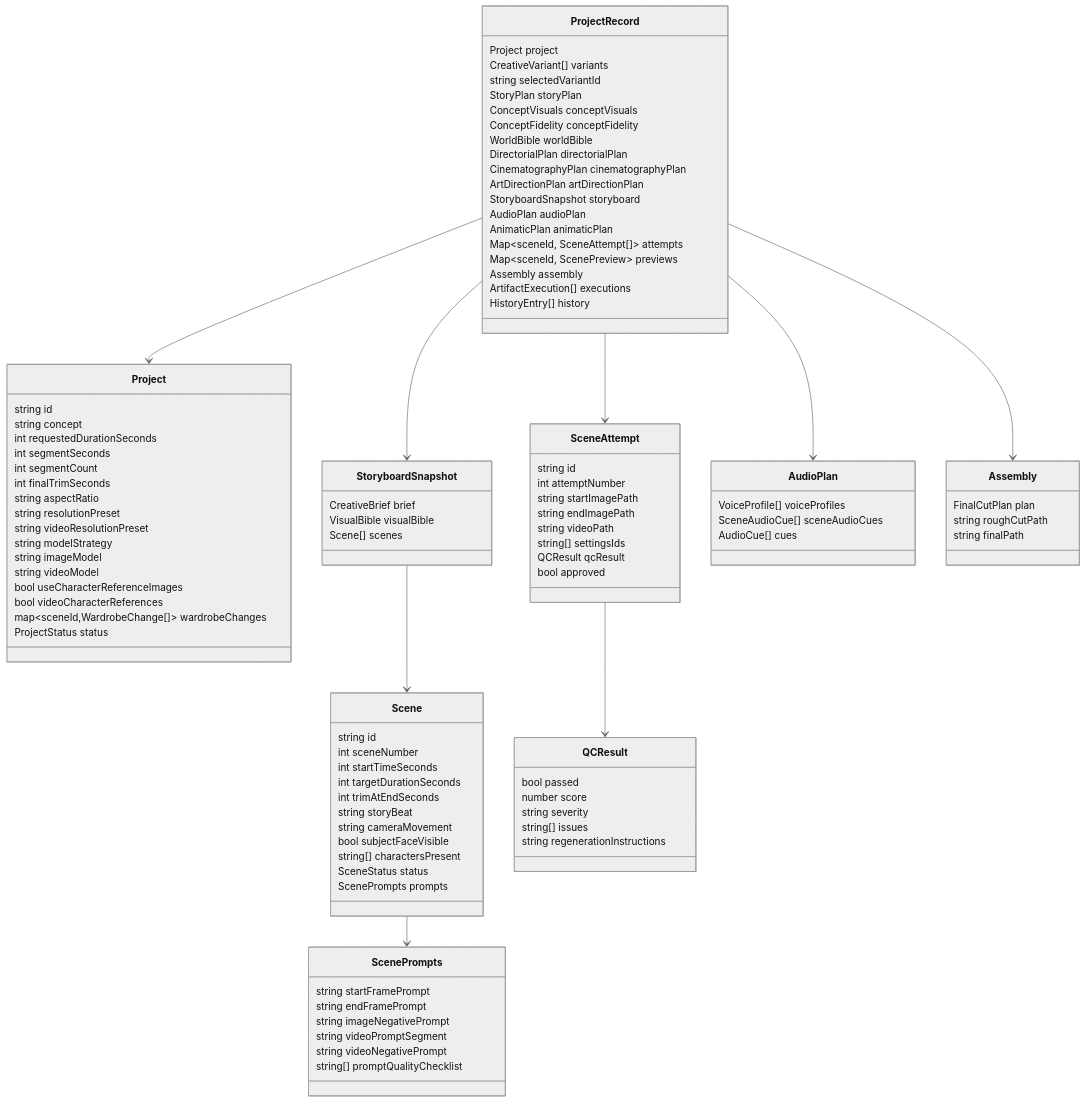
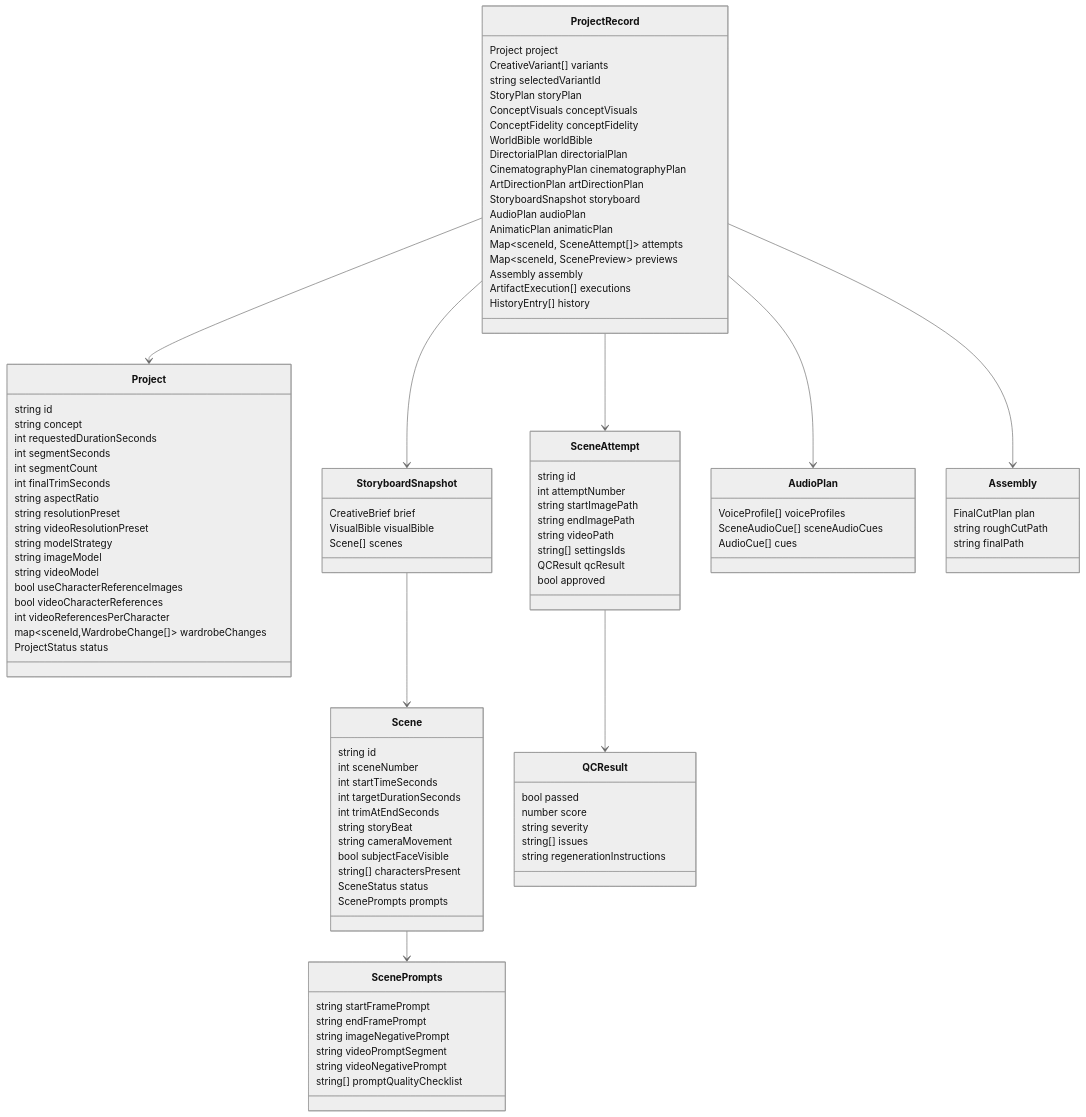
Diagram 14 of 20 in docs/architecture.md (jamesbas/storyforgeai), drawn with Mermaid (neutral theme) before and after one commit. The commit also changed other lines of this file and 17 other files, not shown here.

```diff
--- a/docs/architecture.md
+++ b/docs/architecture.md
@@ -1423,6 +1452,7 @@
         string videoModel
         bool useCharacterReferenceImages
         bool videoCharacterReferences
+        int videoReferencesPerCharacter
         map~sceneId,WardrobeChange[]~ wardrobeChanges
         ProjectStatus status
     }
```
